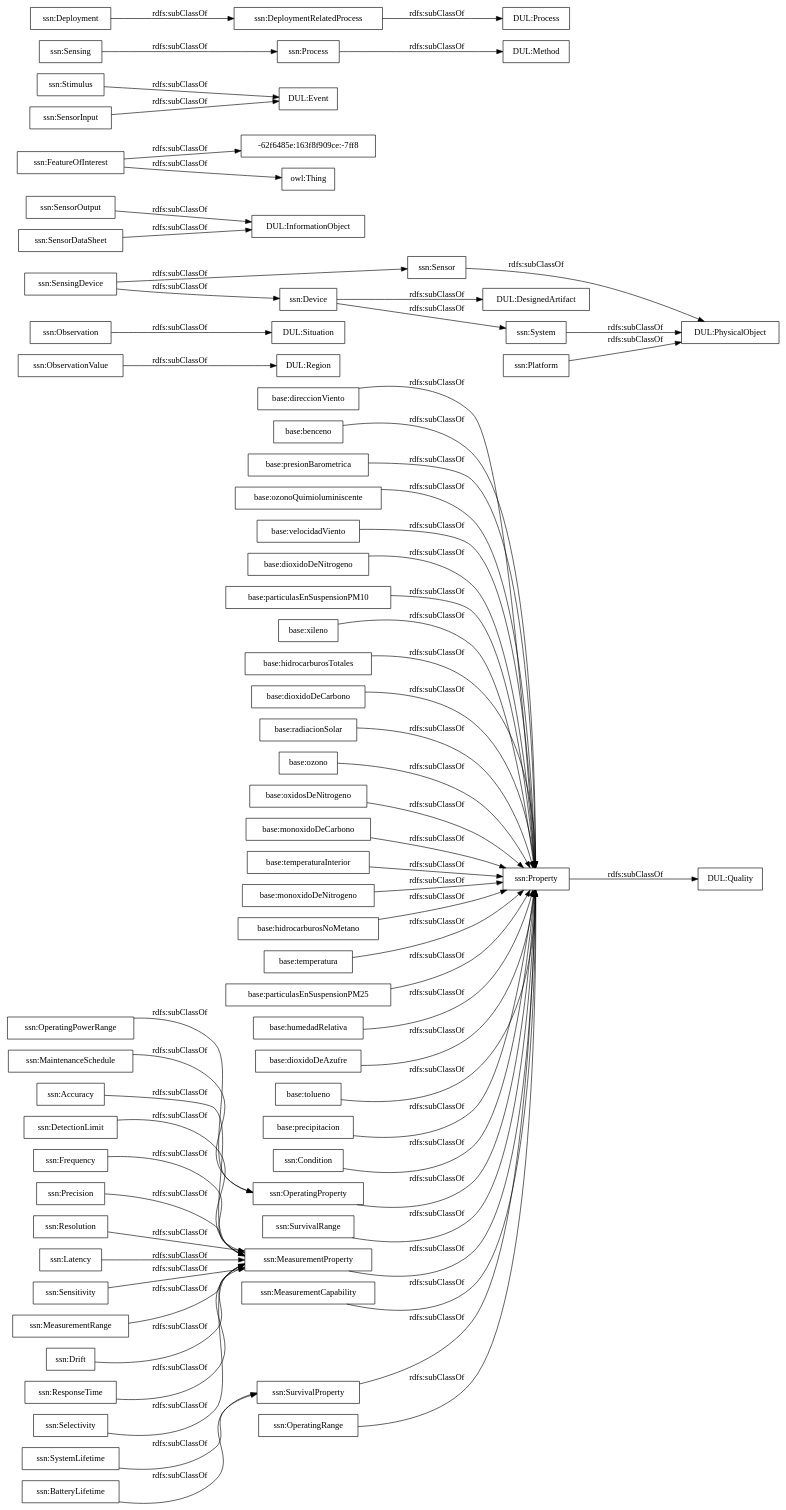
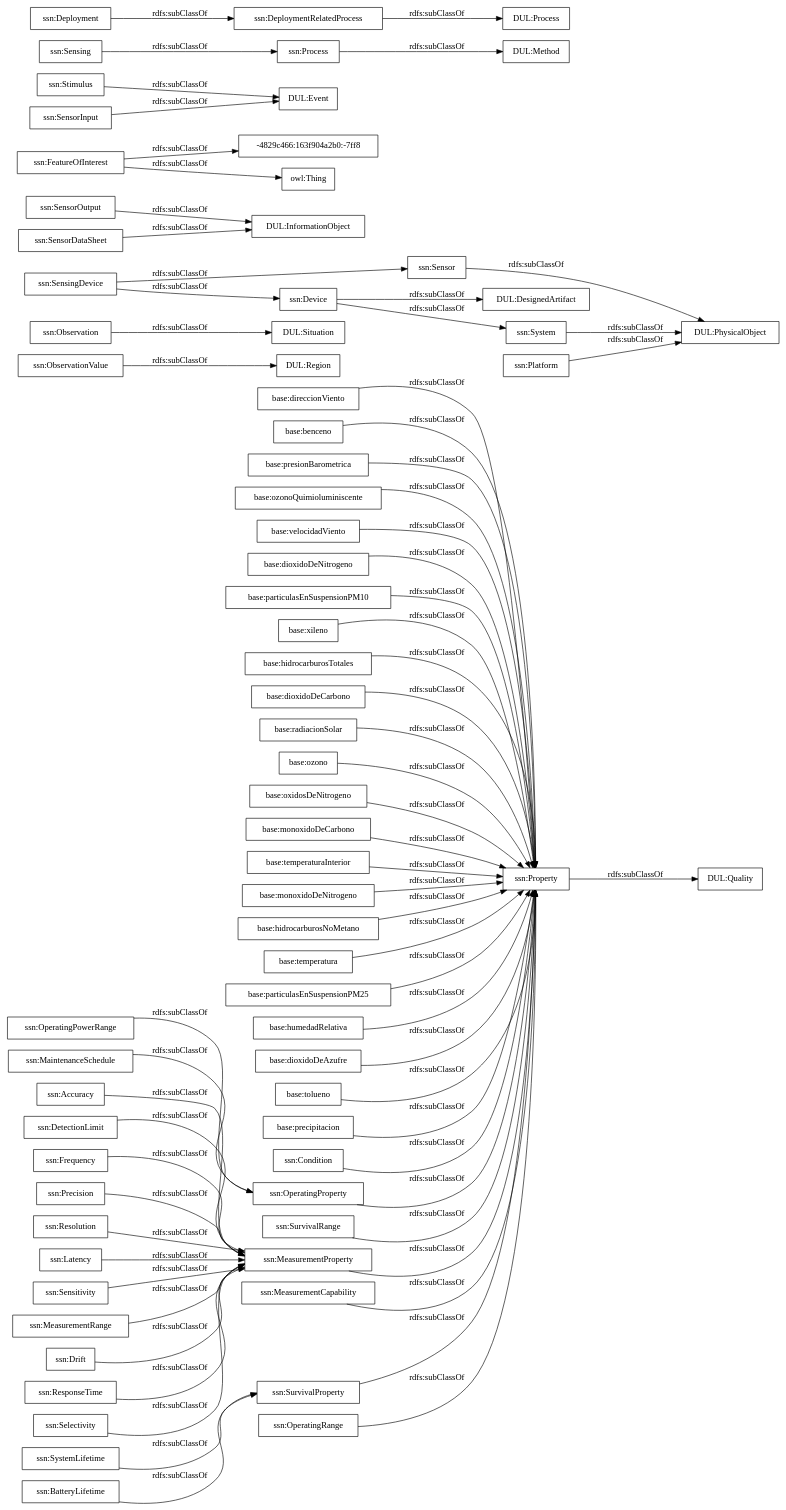
Before and after one commit to ma-garcia/medio-ambiente-calidad-aire: the diagram in OnToology/calidad-aire.owl/diagrams/ar2dtool-taxonomy/calidad-aire.owl.png.dot, drawn with Graphviz. The commit also changed 5 other files, not shown here.

```diff
--- a/OnToology/calidad-aire.owl/diagrams/ar2dtool-taxonomy/calidad-aire.owl.png.dot
+++ b/OnToology/calidad-aire.owl/diagrams/ar2dtool-taxonomy/calidad-aire.owl.png.dot
@@ -1,71 +1,71 @@
 digraph ar2dtool_diagram { 
 rankdir=LR;
 size="1000"
-node [shape = rectangle, color="black"]; "base:direccionViento" "base:benceno" "base:presionBarometrica" "base:ozonoQuimioluminiscente" "base:velocidadViento" "base:dioxidoDeNitrogeno" "base:particulasEnSuspensionPM10" "base:xileno" "base:hidrocarburosTotales" "base:dioxidoDeCarbono" "base:radiacionSolar" "base:ozono" "base:oxidosDeNitrogeno" "base:monoxidoDeCarbono" "base:temperaturaInterior" "base:monoxidoDeNitrogeno" "base:hidrocarburosNoMetano" "base:temperatura" "base:particulasEnSuspensionPM25" "base:humedadRelativa" "base:dioxidoDeAzufre" "base:tolueno" "base:precipitacion" "ssn:Accuracy" "ssn:DetectionLimit" "ssn:Frequency" "ssn:Condition" "DUL:Region" "DUL:Situation" "DUL:PhysicalObject" "ssn:SensorOutput" "ssn:Precision" "ssn:Resolution" "DUL:Quality" "ssn:FeatureOfInterest" "ssn:Sensor" "DUL:InformationObject" "ssn:OperatingProperty" "DUL:Event" "ssn:OperatingPowerRange" "DUL:Method" "-62f6485e:163f8f909ce:-7ff8" "ssn:MaintenanceSchedule" "ssn:Sensing" "ssn:Latency" "ssn:SurvivalRange" "ssn:SensingDevice" "DUL:DesignedArtifact" "ssn:Sensitivity" "ssn:Stimulus" "DUL:Process" "ssn:MeasurementRange" "ssn:System" "ssn:SystemLifetime" "ssn:Property" "ssn:MeasurementProperty" "ssn:Process" "ssn:Deployment" "ssn:MeasurementCapability" "ssn:BatteryLifetime" "ssn:Drift" "ssn:DeploymentRelatedProcess" "ssn:SensorInput" "ssn:ResponseTime" "ssn:ObservationValue" "ssn:SensorDataSheet" "ssn:Observation" "ssn:Selectivity" "ssn:SurvivalProperty" "ssn:Device" "ssn:OperatingRange" "ssn:Platform" ; /*classes style*/
+node [shape = rectangle, color="black"]; "base:direccionViento" "base:benceno" "base:presionBarometrica" "base:ozonoQuimioluminiscente" "base:velocidadViento" "base:dioxidoDeNitrogeno" "base:particulasEnSuspensionPM10" "base:xileno" "base:hidrocarburosTotales" "base:dioxidoDeCarbono" "base:radiacionSolar" "base:ozono" "base:oxidosDeNitrogeno" "base:monoxidoDeCarbono" "base:temperaturaInterior" "base:monoxidoDeNitrogeno" "base:hidrocarburosNoMetano" "base:temperatura" "base:particulasEnSuspensionPM25" "base:humedadRelativa" "base:dioxidoDeAzufre" "base:tolueno" "base:precipitacion" "ssn:Accuracy" "ssn:DetectionLimit" "ssn:Frequency" "ssn:Condition" "DUL:Region" "DUL:Situation" "DUL:PhysicalObject" "ssn:SensorOutput" "ssn:Precision" "ssn:Resolution" "DUL:Quality" "ssn:FeatureOfInterest" "ssn:Sensor" "DUL:InformationObject" "ssn:OperatingProperty" "DUL:Event" "ssn:OperatingPowerRange" "DUL:Method" "ssn:MaintenanceSchedule" "ssn:Sensing" "ssn:Latency" "ssn:SurvivalRange" "ssn:SensingDevice" "DUL:DesignedArtifact" "ssn:Sensitivity" "-4829c466:163f904a2b0:-7ff8" "ssn:Stimulus" "DUL:Process" "ssn:MeasurementRange" "ssn:System" "ssn:SystemLifetime" "ssn:Property" "ssn:MeasurementProperty" "ssn:Process" "ssn:Deployment" "ssn:MeasurementCapability" "ssn:BatteryLifetime" "ssn:Drift" "ssn:DeploymentRelatedProcess" "ssn:SensorInput" "ssn:ResponseTime" "ssn:ObservationValue" "ssn:SensorDataSheet" "ssn:Observation" "ssn:Selectivity" "ssn:SurvivalProperty" "ssn:Device" "ssn:OperatingRange" "ssn:Platform" ; /*classes style*/
 	"ssn:Deployment" -> "ssn:DeploymentRelatedProcess" [ label = "rdfs:subClassOf" ];
 	"base:temperatura" -> "ssn:Property" [ label = "rdfs:subClassOf" ];
 	"ssn:SensingDevice" -> "ssn:Sensor" [ label = "rdfs:subClassOf" ];
 	"ssn:SensingDevice" -> "ssn:Device" [ label = "rdfs:subClassOf" ];
 	"ssn:DeploymentRelatedProcess" -> "DUL:Process" [ label = "rdfs:subClassOf" ];
 	"ssn:Accuracy" -> "ssn:MeasurementProperty" [ label = "rdfs:subClassOf" ];
 	"base:particulasEnSuspensionPM10" -> "ssn:Property" [ label = "rdfs:subClassOf" ];
 	"ssn:FeatureOfInterest" -> "owl:Thing" [ label = "rdfs:subClassOf" ];
-	"ssn:FeatureOfInterest" -> "-62f6485e:163f8f909ce:-7ff8" [ label = "rdfs:subClassOf" ];
+	"ssn:FeatureOfInterest" -> "-4829c466:163f904a2b0:-7ff8" [ label = "rdfs:subClassOf" ];
 	"ssn:Latency" -> "ssn:MeasurementProperty" [ label = "rdfs:subClassOf" ];
 	"base:monoxidoDeCarbono" -> "ssn:Property" [ label = "rdfs:subClassOf" ];
 	"base:benceno" -> "ssn:Property" [ label = "rdfs:subClassOf" ];
 	"base:xileno" -> "ssn:Property" [ label = "rdfs:subClassOf" ];
 	"ssn:Process" -> "DUL:Method" [ label = "rdfs:subClassOf" ];
 	"base:presionBarometrica" -> "ssn:Property" [ label = "rdfs:subClassOf" ];
 	"ssn:Property" -> "DUL:Quality" [ label = "rdfs:subClassOf" ];
 	"ssn:MeasurementProperty" -> "ssn:Property" [ label = "rdfs:subClassOf" ];
 	"ssn:ResponseTime" -> "ssn:MeasurementProperty" [ label = "rdfs:subClassOf" ];
 	"base:radiacionSolar" -> "ssn:Property" [ label = "rdfs:subClassOf" ];
 	"base:humedadRelativa" -> "ssn:Property" [ label = "rdfs:subClassOf" ];
 	"ssn:OperatingRange" -> "ssn:Property" [ label = "rdfs:subClassOf" ];
 	"ssn:Stimulus" -> "DUL:Event" [ label = "rdfs:subClassOf" ];
 	"ssn:MeasurementRange" -> "ssn:MeasurementProperty" [ label = "rdfs:subClassOf" ];
 	"base:ozonoQuimioluminiscente" -> "ssn:Property" [ label = "rdfs:subClassOf" ];
 	"base:ozono" -> "ssn:Property" [ label = "rdfs:subClassOf" ];
 	"base:hidrocarburosTotales" -> "ssn:Property" [ label = "rdfs:subClassOf" ];
 	"ssn:SurvivalProperty" -> "ssn:Property" [ label = "rdfs:subClassOf" ];
 	"ssn:MaintenanceSchedule" -> "ssn:OperatingProperty" [ label = "rdfs:subClassOf" ];
 	"base:dioxidoDeNitrogeno" -> "ssn:Property" [ label = "rdfs:subClassOf" ];
 	"base:monoxidoDeNitrogeno" -> "ssn:Property" [ label = "rdfs:subClassOf" ];
 	"ssn:SensorInput" -> "DUL:Event" [ label = "rdfs:subClassOf" ];
 	"base:hidrocarburosNoMetano" -> "ssn:Property" [ label = "rdfs:subClassOf" ];
 	"base:precipitacion" -> "ssn:Property" [ label = "rdfs:subClassOf" ];
 	"ssn:Sensitivity" -> "ssn:MeasurementProperty" [ label = "rdfs:subClassOf" ];
 	"ssn:Drift" -> "ssn:MeasurementProperty" [ label = "rdfs:subClassOf" ];
 	"ssn:System" -> "DUL:PhysicalObject" [ label = "rdfs:subClassOf" ];
 	"base:dioxidoDeAzufre" -> "ssn:Property" [ label = "rdfs:subClassOf" ];
 	"base:oxidosDeNitrogeno" -> "ssn:Property" [ label = "rdfs:subClassOf" ];
 	"base:direccionViento" -> "ssn:Property" [ label = "rdfs:subClassOf" ];
 	"ssn:Resolution" -> "ssn:MeasurementProperty" [ label = "rdfs:subClassOf" ];
 	"ssn:Precision" -> "ssn:MeasurementProperty" [ label = "rdfs:subClassOf" ];
 	"ssn:DetectionLimit" -> "ssn:MeasurementProperty" [ label = "rdfs:subClassOf" ];
 	"base:particulasEnSuspensionPM25" -> "ssn:Property" [ label = "rdfs:subClassOf" ];
 	"ssn:Sensor" -> "DUL:PhysicalObject" [ label = "rdfs:subClassOf" ];
 	"base:tolueno" -> "ssn:Property" [ label = "rdfs:subClassOf" ];
 	"base:dioxidoDeCarbono" -> "ssn:Property" [ label = "rdfs:subClassOf" ];
 	"ssn:SensorDataSheet" -> "DUL:InformationObject" [ label = "rdfs:subClassOf" ];
 	"ssn:OperatingPowerRange" -> "ssn:OperatingProperty" [ label = "rdfs:subClassOf" ];
 	"base:velocidadViento" -> "ssn:Property" [ label = "rdfs:subClassOf" ];
 	"ssn:ObservationValue" -> "DUL:Region" [ label = "rdfs:subClassOf" ];
 	"ssn:Device" -> "DUL:DesignedArtifact" [ label = "rdfs:subClassOf" ];
 	"ssn:Device" -> "ssn:System" [ label = "rdfs:subClassOf" ];
 	"base:temperaturaInterior" -> "ssn:Property" [ label = "rdfs:subClassOf" ];
 	"ssn:Platform" -> "DUL:PhysicalObject" [ label = "rdfs:subClassOf" ];
 	"ssn:OperatingProperty" -> "ssn:Property" [ label = "rdfs:subClassOf" ];
 	"ssn:Selectivity" -> "ssn:MeasurementProperty" [ label = "rdfs:subClassOf" ];
 	"ssn:BatteryLifetime" -> "ssn:SurvivalProperty" [ label = "rdfs:subClassOf" ];
 	"ssn:Observation" -> "DUL:Situation" [ label = "rdfs:subClassOf" ];
 	"ssn:Sensing" -> "ssn:Process" [ label = "rdfs:subClassOf" ];
 	"ssn:SystemLifetime" -> "ssn:SurvivalProperty" [ label = "rdfs:subClassOf" ];
 	"ssn:SurvivalRange" -> "ssn:Property" [ label = "rdfs:subClassOf" ];
 	"ssn:Frequency" -> "ssn:MeasurementProperty" [ label = "rdfs:subClassOf" ];
 	"ssn:SensorOutput" -> "DUL:InformationObject" [ label = "rdfs:subClassOf" ];
 	"ssn:Condition" -> "ssn:Property" [ label = "rdfs:subClassOf" ];
 	"ssn:MeasurementCapability" -> "ssn:Property" [ label = "rdfs:subClassOf" ];
 
 }
```
